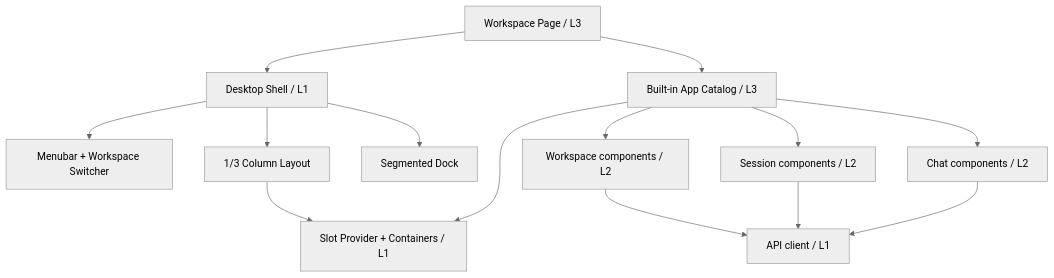
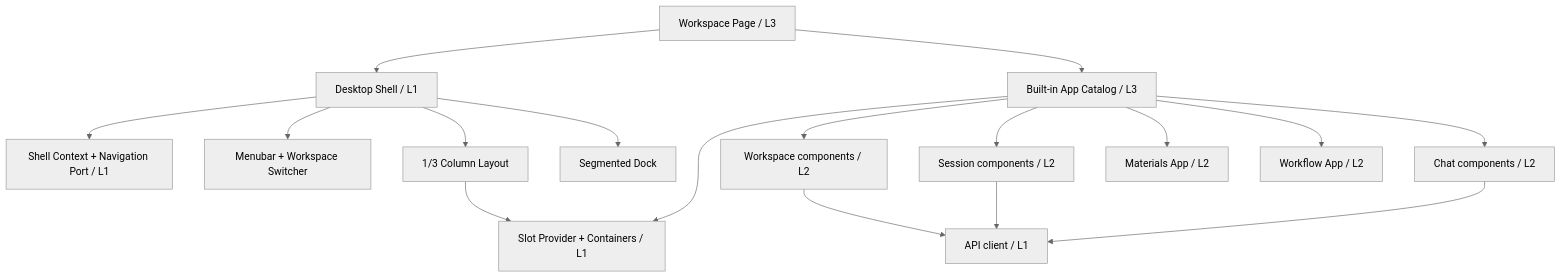
One commit to hotttao/media_agent changed the diagram in docs/ddd/ui_design/architecture.md. Above: the diagram before and after it, drawn with Mermaid (neutral theme). The commit also changed other lines of this file and 28 other files, not shown here.

````diff
--- a/docs/ddd/ui_design/architecture.md
+++ b/docs/ddd/ui_design/architecture.md
@@ -7,16 +7,19 @@
 ```mermaid
 flowchart TD
   Page[Workspace Page / L3] --> Registry[Built-in App Catalog / L3]
   Page --> Shell[Desktop Shell / L1]
+  Shell --> Context[Shell Context + Navigation Port / L1]
   Shell --> Menubar[Menubar + Workspace Switcher]
   Shell --> Layout[1/3 Column Layout]
   Shell --> Dock[Segmented Dock]
   Layout --> Slots[Slot Provider + Containers / L1]
   Registry --> Slots
   Registry --> Workspace[Workspace components / L2]
   Registry --> Sessions[Session components / L2]
   Registry --> Chat[Chat components / L2]
+  Registry --> Materials[Materials App / L2]
+  Registry --> Workflow[Workflow App / L2]
   Workspace --> API[API client / L1]
   Sessions --> API
   Chat --> API
 ```
````
